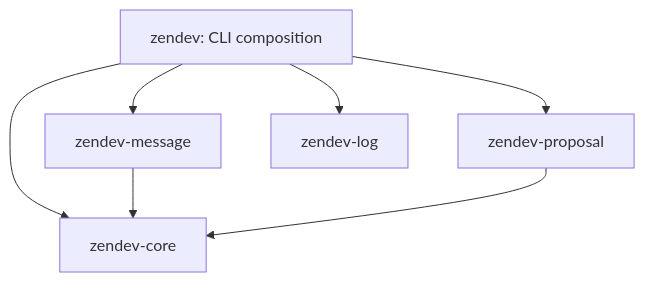
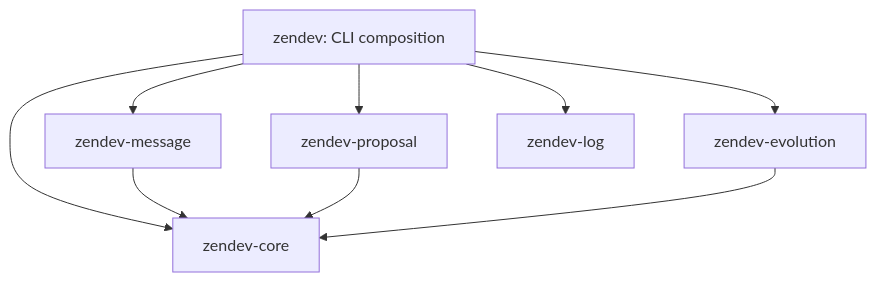
One commit to zendev-lab/zendev changed the diagram in docs/development/architecture.md. Above: the diagram before and after it, drawn with Mermaid. The commit also changed other lines of this file and 27 other files, not shown here.

````diff
--- a/docs/development/architecture.md
+++ b/docs/development/architecture.md
@@ -3,9 +3,11 @@
 ```mermaid
 graph TD
   CLI["zendev: CLI composition"] --> Message["zendev-message"]
   CLI --> Proposal["zendev-proposal"]
+  CLI --> Evolution["zendev-evolution"]
   CLI --> Log["zendev-log"]
   CLI --> Core["zendev-core"]
   Message --> Core
   Proposal --> Core
+  Evolution --> Core
 ```
````
